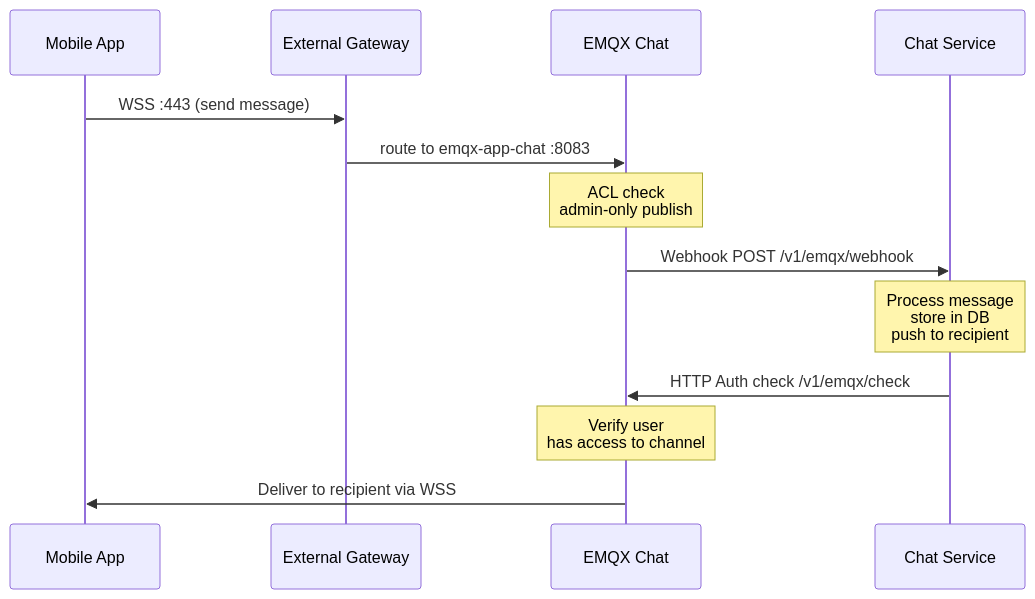
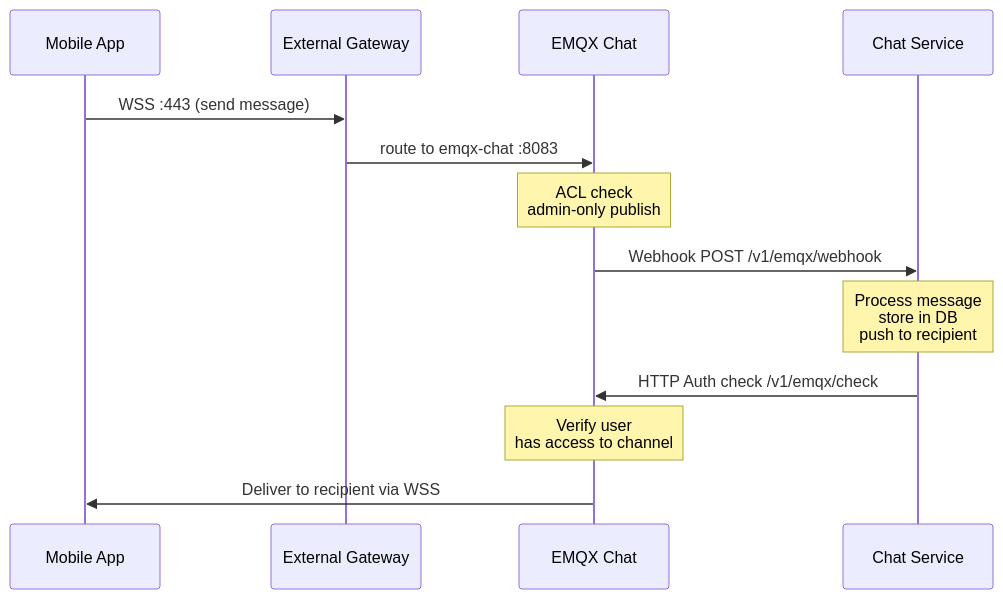
The fourth of 5 diagrams in src/content/docs/04-conferences/kcd-indonesia-2026/presentation-draft.md (ahmadnurhidayat/docs), drawn with Mermaid before and after one commit. The commit also changed other lines of this file and 5 other files, not shown here.

````diff
--- a/src/content/docs/04-conferences/kcd-indonesia-2026/presentation-draft.md
+++ b/src/content/docs/04-conferences/kcd-indonesia-2026/presentation-draft.md
@@ -256,20 +208,20 @@
 ```mermaid
 sequenceDiagram
     participant Mobile as Mobile App
     participant GW as External Gateway
     participant EMQX as EMQX Chat
     participant ChatEngine as Chat Service
 
     Mobile->>GW: WSS :443 (send message)
-    GW->>EMQX: route to emqx-app-chat :8083
+    GW->>EMQX: route to emqx-chat :8083
 
     Note over EMQX: ACL check<br/>admin-only publish
 
     EMQX->>ChatEngine: Webhook POST /v1/emqx/webhook
     Note over ChatEngine: Process message<br/>store in DB<br/>push to recipient
 
     ChatEngine->>EMQX: HTTP Auth check /v1/emqx/check
     Note over EMQX: Verify user<br/>has access to channel
 
     EMQX->>Mobile: Deliver to recipient via WSS
 ```
````
